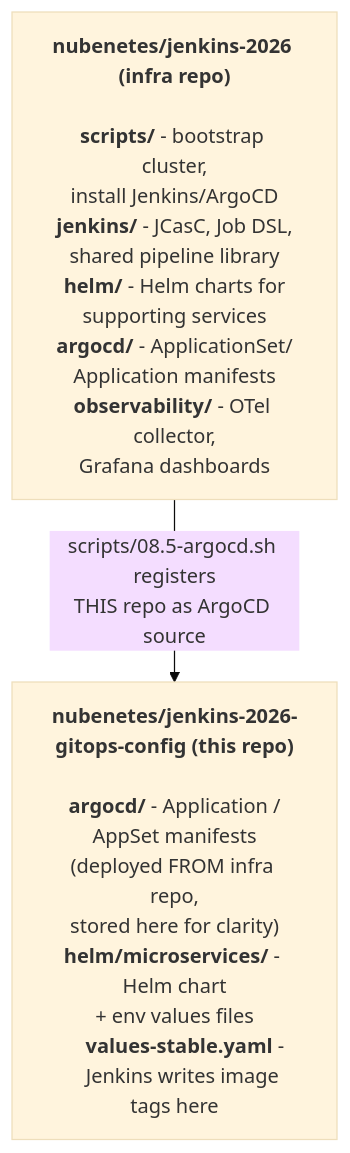
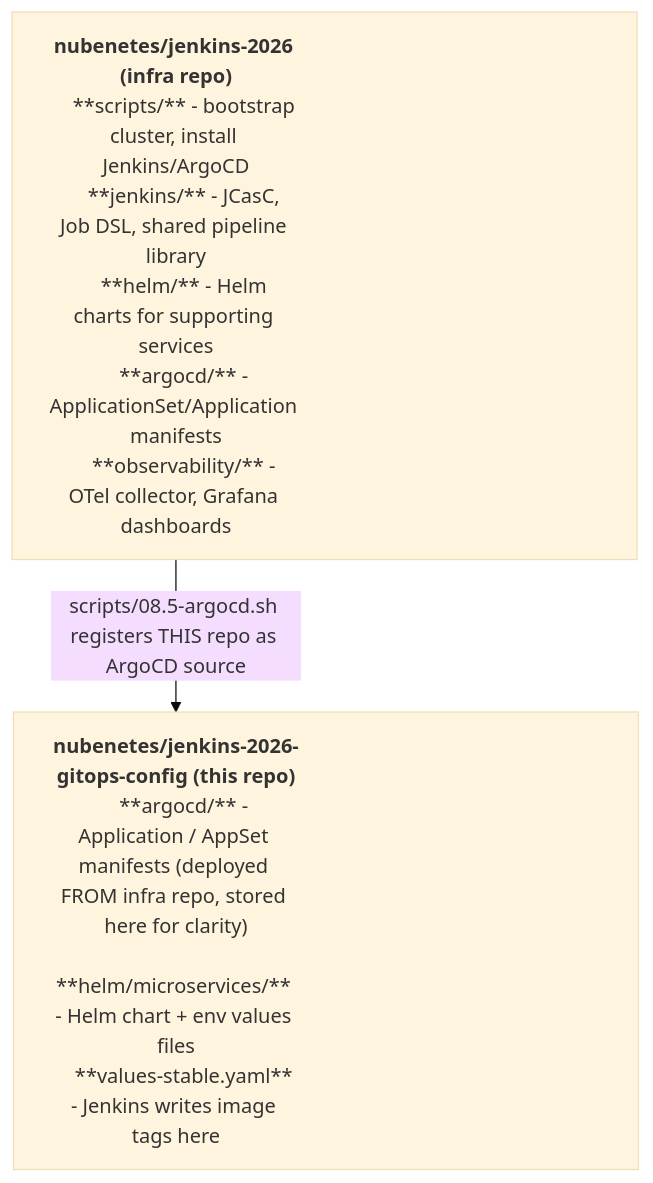
Before and after one commit to nubenetes/jenkins-2026-gitops-config: the first of 2 diagrams in README.md, drawn with Mermaid (base theme).

Commit message:
docs: use Markdown-enabled strings and set explicit width to widen flowchart nodes

````diff
--- a/README.md
+++ b/README.md
@@ -11,8 +11,21 @@
 ```mermaid
 flowchart TD
-    infra["<b>nubenetes/jenkins-2026 (infra repo)</b><br/><br/><b>scripts/</b> - bootstrap cluster,<br/>install Jenkins/ArgoCD<br/><b>jenkins/</b> - JCasC, Job DSL,<br/>shared pipeline library<br/><b>helm/</b> - Helm charts for<br/>supporting services<br/><b>argocd/</b> - ApplicationSet/<br/>Application manifests<br/><b>observability/</b> - OTel collector,<br/>Grafana dashboards"]
+    infra["`**nubenetes/jenkins-2026 (infra repo)**
 
-    gitops["<b>nubenetes/jenkins-2026-gitops-config (this repo)</b><br/><br/><b>argocd/</b> - Application /<br/>AppSet manifests<br/>(deployed FROM infra repo,<br/>stored here for clarity)<br/><b>helm/microservices/</b> - Helm chart<br/>+ env values files<br/>&nbsp;&nbsp;&nbsp;&nbsp;<b>values-stable.yaml</b> -<br/>&nbsp;&nbsp;&nbsp;&nbsp;Jenkins writes image tags here"]
+    **scripts/** - bootstrap cluster, install Jenkins/ArgoCD
+    **jenkins/** - JCasC, Job DSL, shared pipeline library
+    **helm/** - Helm charts for supporting services
+    **argocd/** - ApplicationSet/Application manifests
+    **observability/** - OTel collector, Grafana dashboards`"]
 
-    infra -->|scripts/08.5-argocd.sh registers<br/>THIS repo as ArgoCD source| gitops
+    gitops["`**nubenetes/jenkins-2026-gitops-config (this repo)**
+
+    **argocd/** - Application / AppSet manifests (deployed FROM infra repo, stored here for clarity)
+    **helm/microservices/** - Helm chart + env values files
+    **values-stable.yaml** - Jenkins writes image tags here`"]
+
+    infra -->|scripts/08.5-argocd.sh registers THIS repo as ArgoCD source| gitops
+
+    style infra width:500px
+    style gitops width:500px
 ```
````
